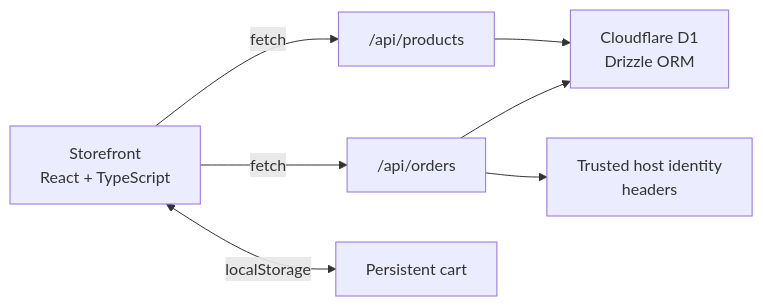
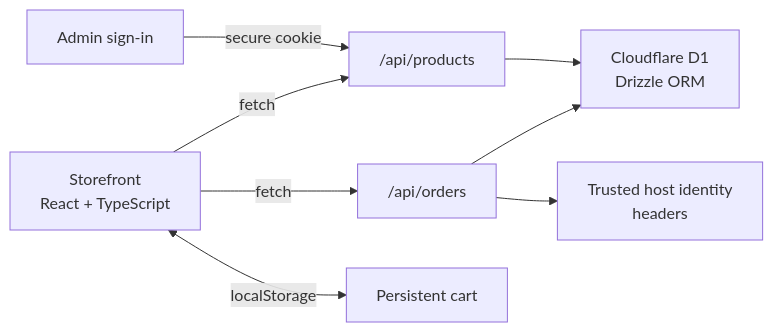
The diagram in README.md (Abdullah6482/atelier-commerce), drawn with Mermaid before and after one commit. The commit also changed other lines of this file and 7 other files, not shown here.

````diff
--- a/README.md
+++ b/README.md
@@ -101,9 +109,10 @@
 ```mermaid
 flowchart LR
     Browser["Storefront<br/>React + TypeScript"] -->|fetch| Products["/api/products"]
+    Admin["Admin sign-in"] -->|secure cookie| Products
     Browser -->|fetch| Orders["/api/orders"]
     Browser <-->|localStorage| Cart["Persistent cart"]
     Products --> DB["Cloudflare D1<br/>Drizzle ORM"]
     Orders --> DB
     Orders --> Identity["Trusted host identity<br/>headers"]
 ```
````
